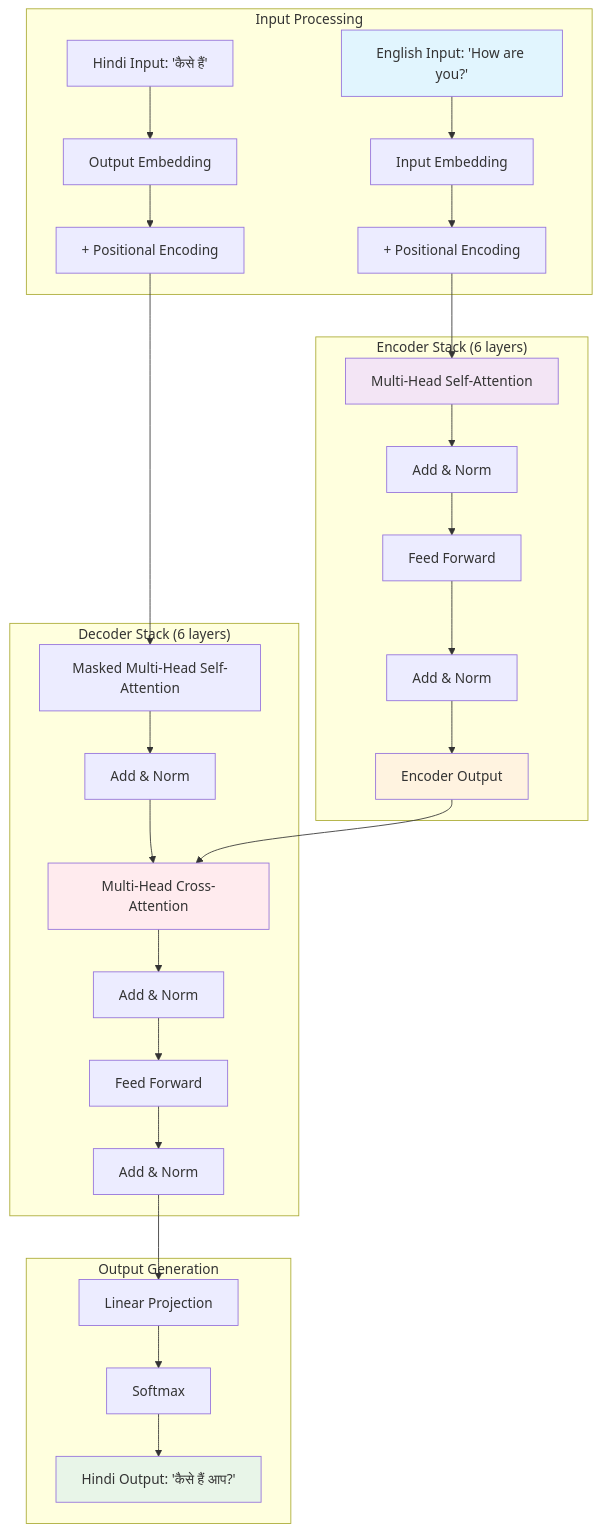
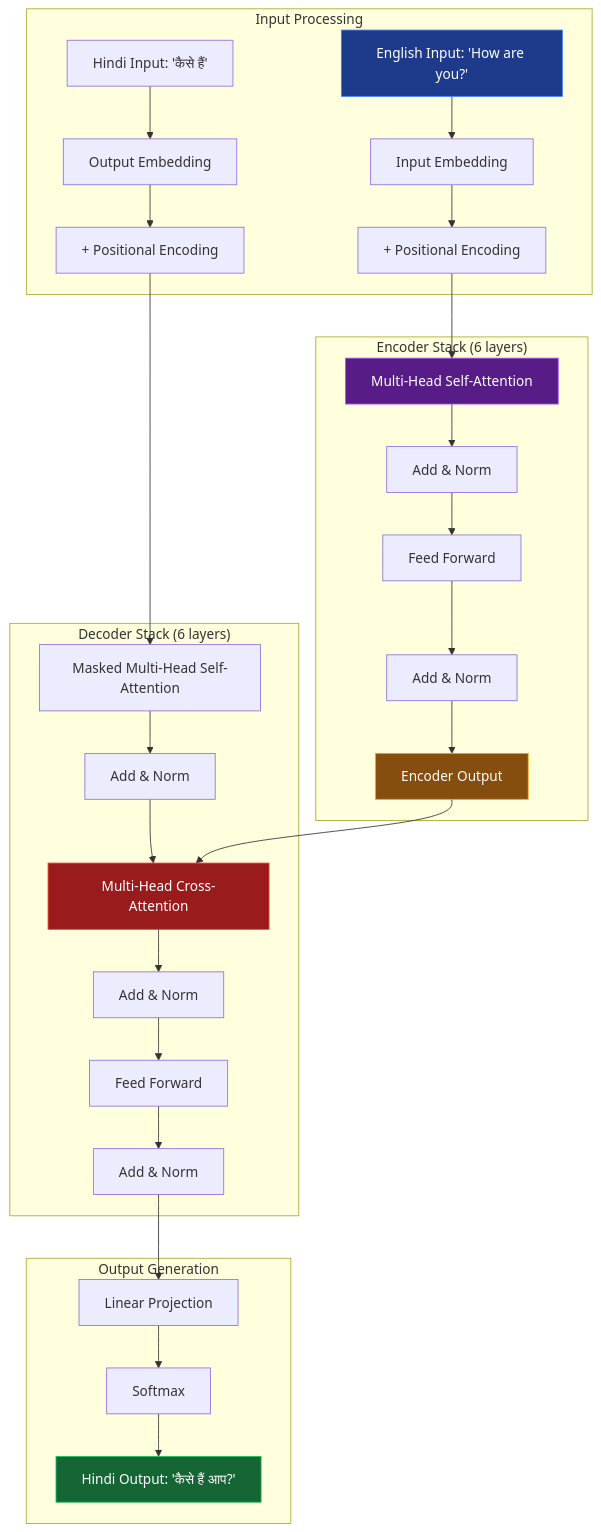
The first of 2 diagrams in README.md (Rudranx/Hindi-English-Transformer-Model), drawn with Mermaid before and after one commit.

Commit message:
Update README with better Mermaid visibility.md

````diff
--- a/README.md
+++ b/README.md
@@ -19,39 +19,41 @@
 ```mermaid
 graph TB
     subgraph "Input Processing"
         A[English Input: 'How are you?'] --> B[Input Embedding]
         B --> C[+ Positional Encoding]
         D[Hindi Input: 'कैसे हैं'] --> E[Output Embedding]
         E --> F[+ Positional Encoding]
     end
     
     subgraph "Encoder Stack (6 layers)"
         C --> G[Multi-Head Self-Attention]
         G --> H[Add & Norm]
         H --> I[Feed Forward]
         I --> J[Add & Norm]
         J --> K[Encoder Output]
     end
     
     subgraph "Decoder Stack (6 layers)"
         F --> L[Masked Multi-Head Self-Attention]
         L --> M[Add & Norm]
         M --> N[Multi-Head Cross-Attention]
         K --> N
         N --> O[Add & Norm]
         O --> P[Feed Forward]
         P --> Q[Add & Norm]
     end
     
     subgraph "Output Generation"
         Q --> R[Linear Projection]
         R --> S[Softmax]
         S --> T[Hindi Output: 'कैसे हैं आप?']
     end
     
-    style A fill:#e1f5fe
-    style T fill:#e8f5e8
-    style K fill:#fff3e0
-    style G fill:#f3e5f5
-    style N fill:#ffebee
+    %% Dark theme styling
+    style A fill:#1e3a8a,stroke:#3b82f6,color:#ffffff
+    style T fill:#166534,stroke:#22c55e,color:#ffffff
+    style K fill:#854d0e,stroke:#f59e0b,color:#ffffff
+    style G fill:#581c87,stroke:#a855f7,color:#ffffff
+    style N fill:#991b1b,stroke:#ef4444,color:#ffffff
+
 ```
````
